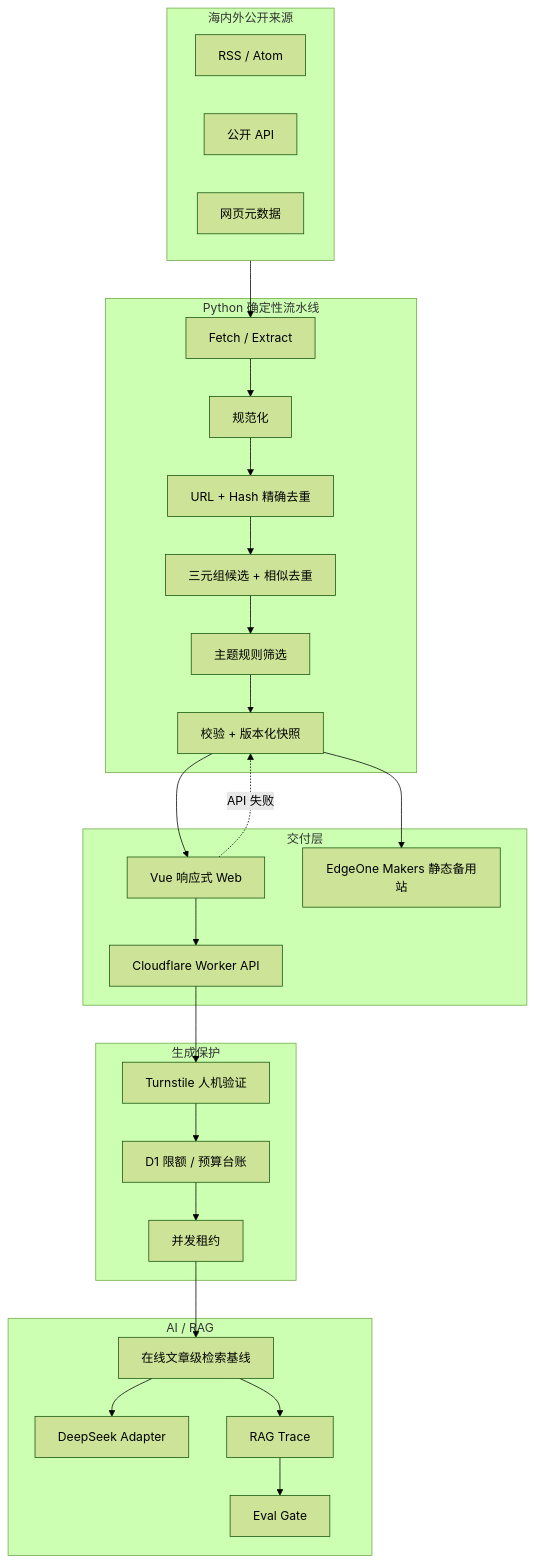
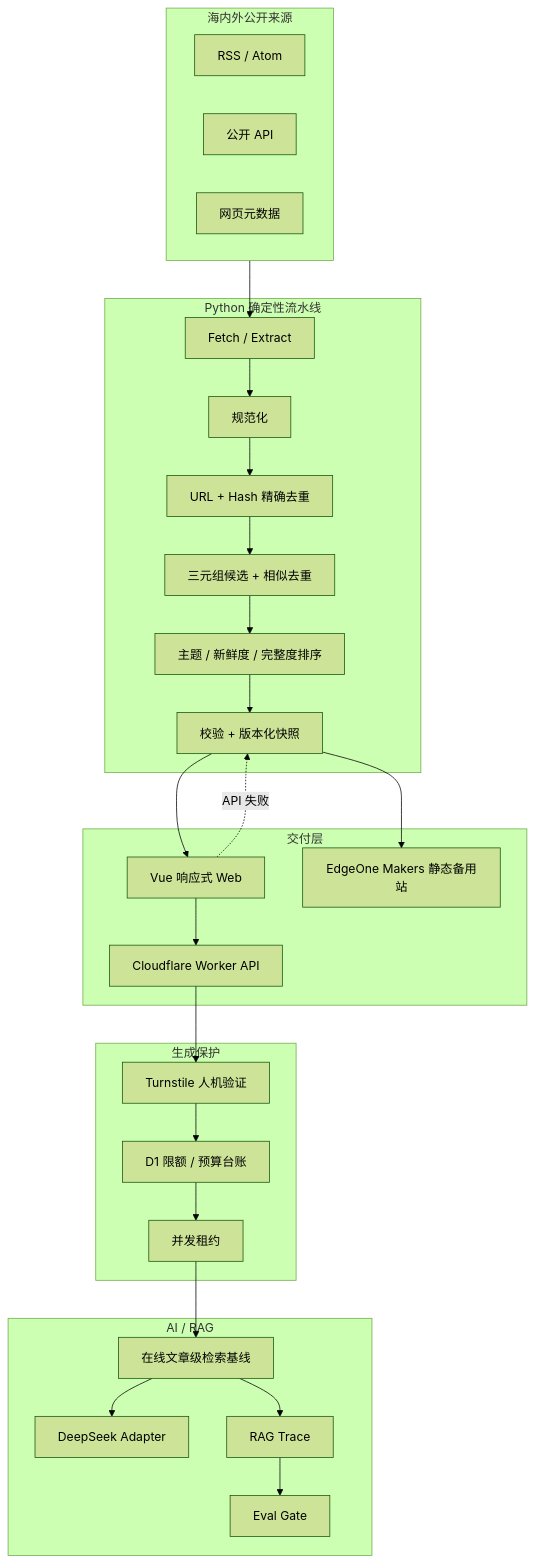
The diagram in docs/工程架构说明.md (Dyj0926D/newseviday), drawn with Mermaid (forest theme) before and after one commit. The commit also changed other lines of this file and 27 other files, not shown here.

````diff
--- a/docs/工程架构说明.md
+++ b/docs/工程架构说明.md
@@ -13,44 +13,44 @@
 ```mermaid
 flowchart TB
     subgraph Sources["海内外公开来源"]
       RSS["RSS / Atom"]
       API["公开 API"]
       WEB["网页元数据"]
     end
 
     subgraph Offline["Python 确定性流水线"]
       Fetch["Fetch / Extract"]
       Norm["规范化"]
       Exact["URL + Hash 精确去重"]
       Fuzzy["三元组候选 + 相似去重"]
-      Select["主题规则筛选"]
+      Select["主题 / 新鲜度 / 完整度排序"]
       Snap["校验 + 版本化快照"]
     end
 
     subgraph Delivery["交付层"]
       Vue["Vue 响应式 Web"]
       Worker["Cloudflare Worker API"]
       Edge["EdgeOne Makers 静态备用站"]
     end
 
     subgraph AI["AI / RAG"]
       Adapter["DeepSeek Adapter"]
       Retrieve["在线文章级检索基线"]
       Trace["RAG Trace"]
       Eval["Eval Gate"]
     end
 
     subgraph Guardrails["生成保护"]
       Turnstile["Turnstile 人机验证"]
       D1["D1 限额 / 预算台账"]
       Lease["并发租约"]
     end
 
     Sources --> Fetch --> Norm --> Exact --> Fuzzy --> Select --> Snap
     Snap --> Vue
     Vue --> Worker
     Vue -. "API 失败" .-> Snap
     Snap --> Edge
     Worker --> Turnstile --> D1 --> Lease --> Retrieve --> Adapter
     Retrieve --> Trace --> Eval
 ```
````
